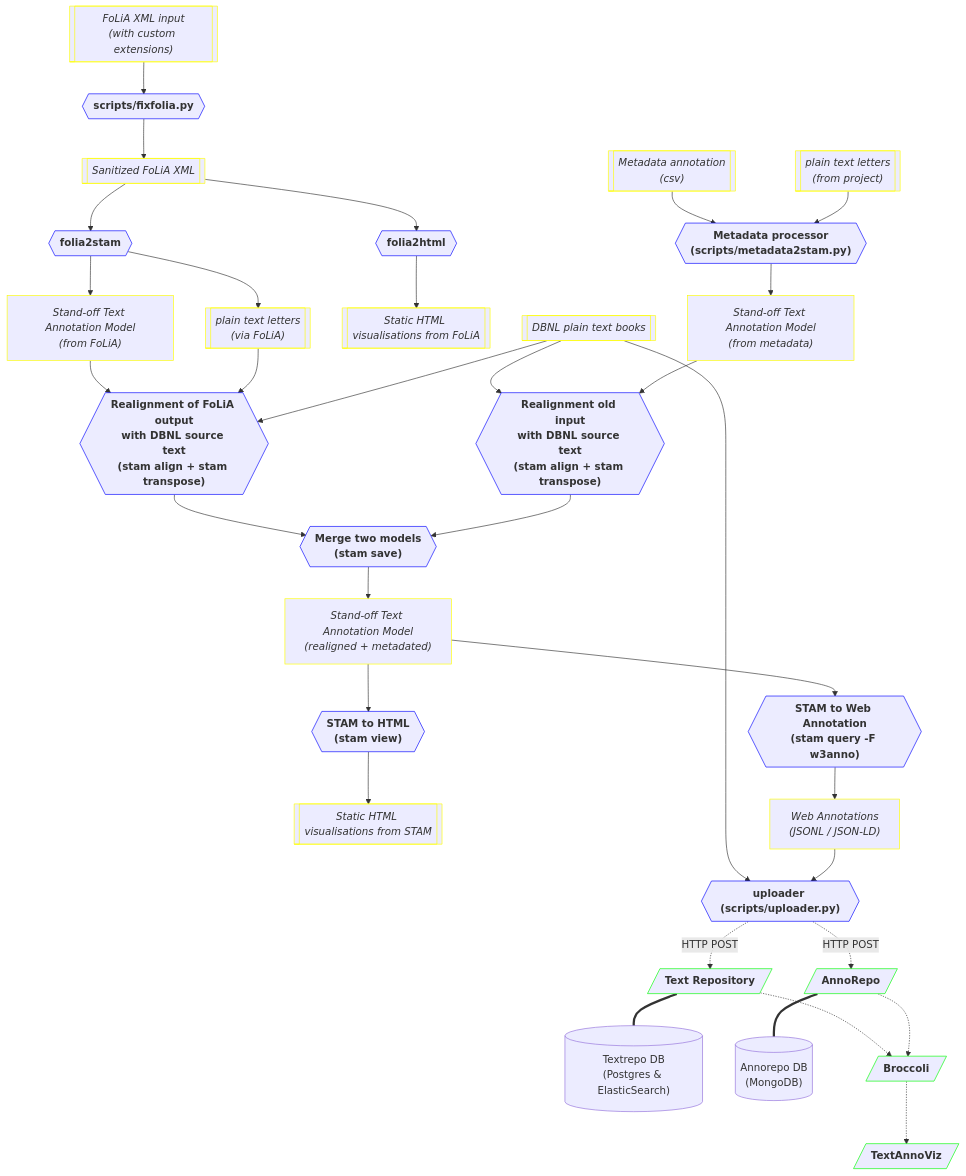
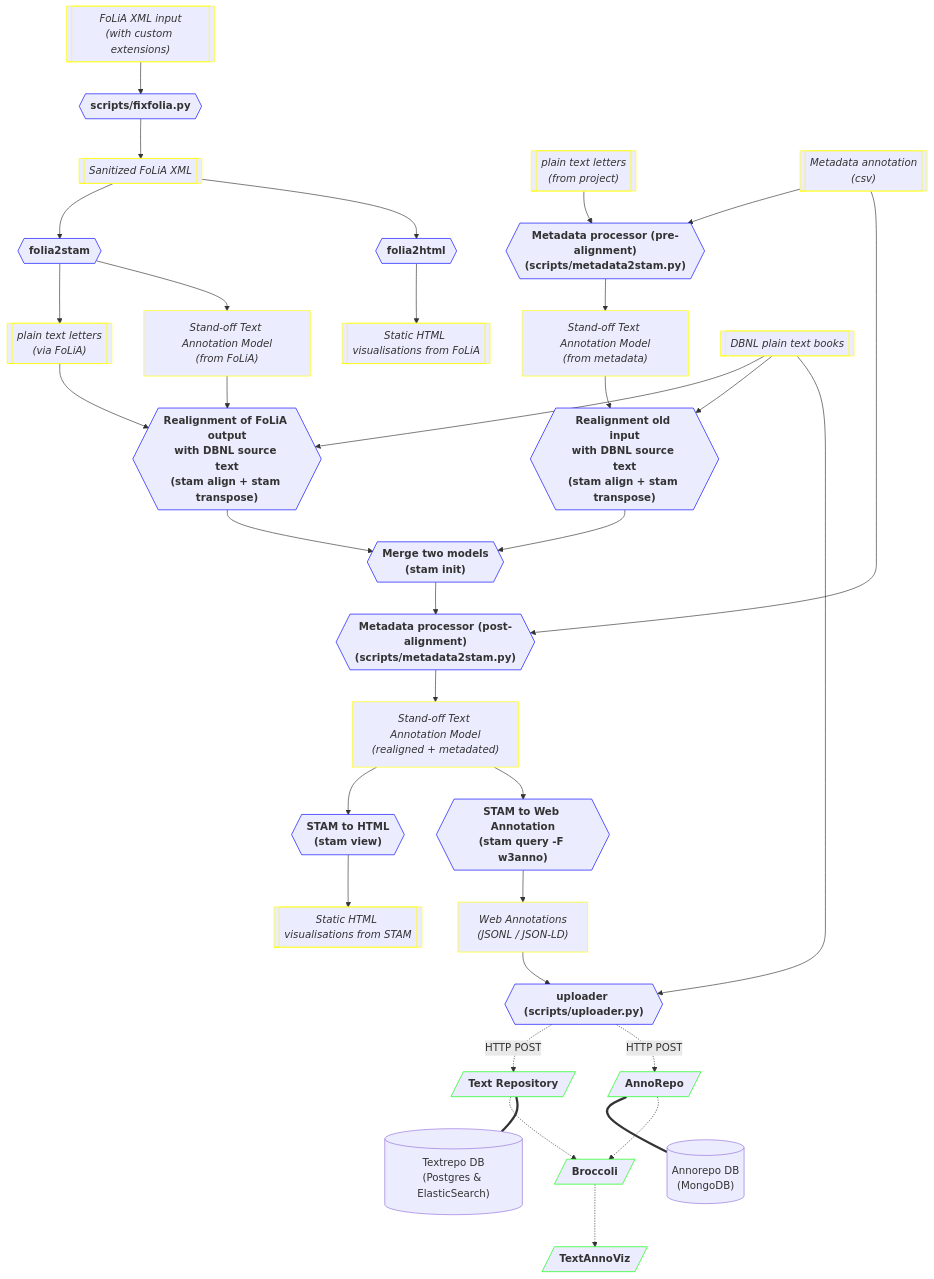
One commit to knaw-huc/brieven-van-hooft-pipeline changed the diagram in README.md. Above: the diagram before and after it, drawn with Mermaid.

Commit message:
README: schema update

````diff
--- a/README.md
+++ b/README.md
@@ -104,69 +104,72 @@
 ```mermaid
 flowchart TD
     folia_input[["FoLiA XML input\n(with custom extensions)"]]
     folia_fixed[[Sanitized FoLiA XML]]
     fixfolia{{scripts/fixfolia.py}}
     folia2stam{{folia2stam}}
     stamstore["Stand-off Text Annotation Model\n(from FoLiA)"]
     stamstore2["Stand-off Text Annotation Model\n(from metadata)"]
     stamstorefinal["Stand-off Text Annotation Model\n(realigned + metadated)"]
     stamview{{"STAM to HTML\n(stam view)"}}
     stamhtml[["Static HTML visualisations from STAM"]]
     folia2html{{folia2html}}
     foliahtml[["Static HTML visualisations from FoLiA"]]
     stam2webanno{{"STAM to Web Annotation\n(stam query -F w3anno)"}}
     webanno["Web Annotations\n(JSONL / JSON-LD)"]
     foliaplaintext[["plain text letters\n(via FoLiA)"]]
     derivedplaintext[["plain text letters\n(from project)"]]
     dbnlplaintext[["DBNL plain text books"]]
     stamalign{{"Realignment of FoLiA output\nwith DBNL source text\n(stam align + stam transpose)"}}
     metadatacsv[["Metadata annotation\n(csv)"]]
-    metadater{{"Metadata processor\n(scripts/metadata2stam.py)"}}
+    metadater{{"Metadata processor (pre-alignment)\n(scripts/metadata2stam.py)"}}
     metadataalign{{"Realignment old input\nwith DBNL source text\n(stam align + stam transpose)"}}
-    stamsave{{"Merge two models\n(stam save)"}}
+    merge{{"Merge two models\n(stam init)"}}
+    metadater2{{"Metadata processor (post-alignment)\n(scripts/metadata2stam.py)"}}
     uploader{{"uploader (scripts/uploader.py)"}}
     textrepo[/Text Repository/]
     textrepodb[("Textrepo DB\n(Postgres & ElasticSearch)")]
     annorepo[/AnnoRepo/]
     annorepodb[("Annorepo DB\n(MongoDB)")]
     broccoli[/Broccoli/]
     textannoviz[/TextAnnoViz/]
     folia_input --> fixfolia 
     fixfolia --> folia_fixed
     folia_fixed --> folia2stam
     folia_fixed --> folia2html
     folia2html --> foliahtml
     folia2stam --> foliaplaintext
     folia2stam --> stamstore
     stamstore --> stamalign
     foliaplaintext --> stamalign
     dbnlplaintext --> stamalign
     dbnlplaintext --> metadataalign
     metadatacsv --> metadater
     derivedplaintext --> metadater
+    metadatacsv --> metadater2
     metadater --> stamstore2
     stamstore2 --> metadataalign
-    stamalign --> stamsave
-    metadataalign --> stamsave
-    stamsave --> stamstorefinal
+    stamalign --> merge
+    metadataalign --> merge
+    merge --> metadater2
+    metadater2 --> stamstorefinal
     stamstorefinal --> stamview
     stamstorefinal --> stam2webanno
     stamview --> stamhtml
     stam2webanno --> webanno
     dbnlplaintext --> uploader
     webanno --> uploader
     uploader -. "HTTP POST" .-> textrepo
     uploader -. "HTTP POST" .-> annorepo
     textrepo -.-> broccoli
     textrepo === textrepodb
     annorepo === annorepodb
     annorepo -.-> broccoli
     broccoli -.-> textannoviz
 
     classDef process stroke:#00f,font-weight:bold
     classDef service stroke:#0f0,font-weight:bold
     classDef data stroke:#ff0,font-style:italic
-    class fixfolia,folia2stam,stamview,folia2html,stam2webanno,stamalign,uploader,metadater,metadataalign,stamsave process
+    class fixfolia,folia2stam,stamview,folia2html,stam2webanno,stamalign,uploader,metadater,metadater2,metadataalign,merge process
     class textrepo,annorepo,textannoviz,broccoli service
     class folia_input,folia_fixed,stamstore,stamstore2,stamstorefinal,foliaplaintext,dbnlplaintext,webanno,foliahtml,stamhtml,derivedplaintext,metadatacsv data
 ```
````
